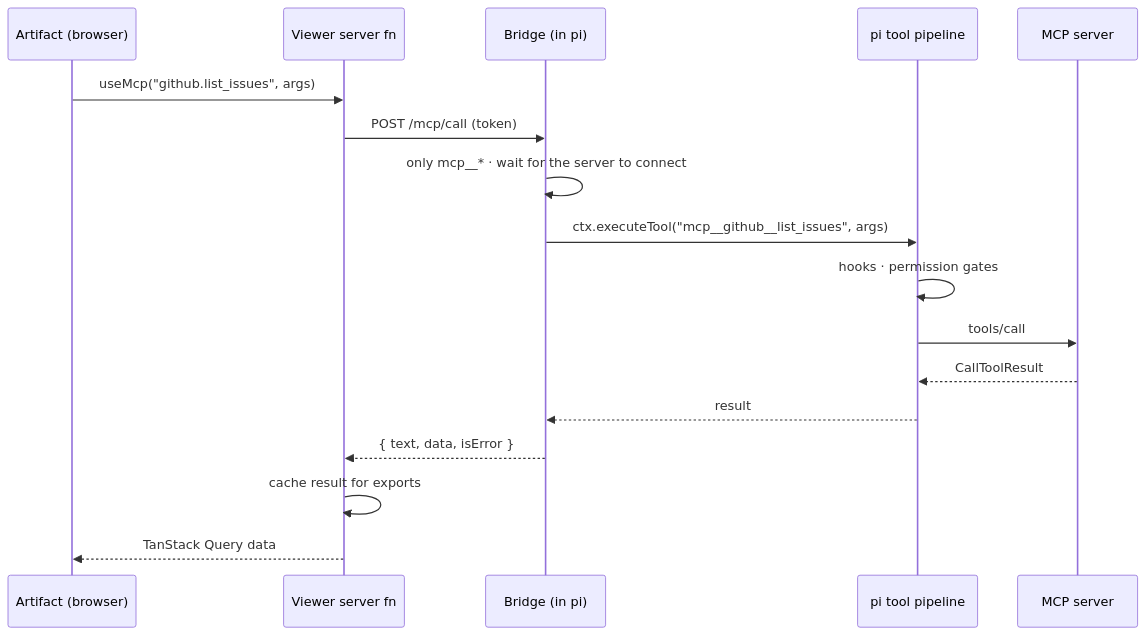
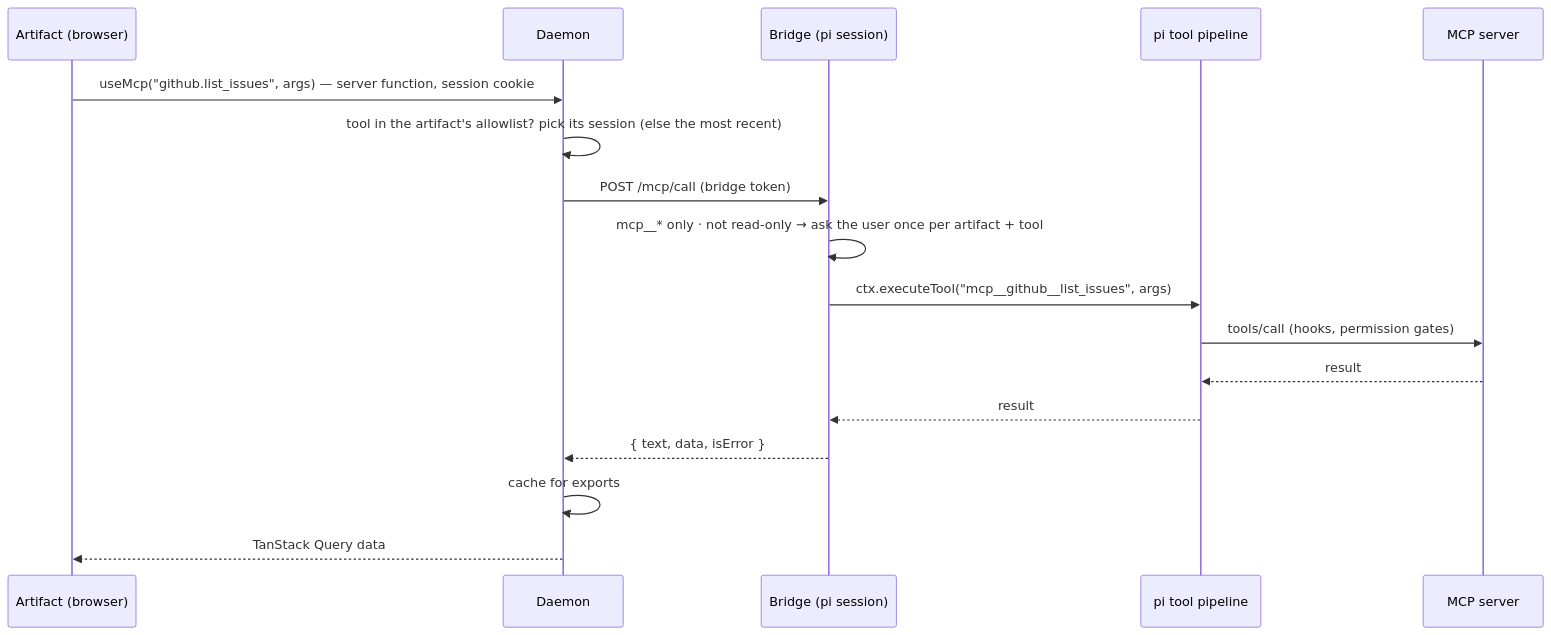
The second of 2 diagrams in README.md (tesso57/artifact), drawn with Mermaid before and after one commit. The commit also changed other lines of this file and 175 other files, not shown here.

First line of the commit message:
refactor!: one installable pi package with a per-user viewer daemon

````diff
--- a/README.md
+++ b/README.md
@@ -171,19 +160,19 @@
 ```mermaid
 sequenceDiagram
   participant A as Artifact (browser)
-  participant V as Viewer server fn
-  participant B as Bridge (in pi)
+  participant D as Daemon
+  participant B as Bridge (pi session)
   participant P as pi tool pipeline
   participant S as MCP server
-  A->>V: useMcp("github.list_issues", args)
-  V->>B: POST /mcp/call (token)
-  B->>B: only mcp__* · wait for the server to connect
+  A->>D: useMcp("github.list_issues", args) — server function, session cookie
+  D->>D: tool in the artifact's allowlist? pick its session (else the most recent)
+  D->>B: POST /mcp/call (bridge token)
+  B->>B: mcp__* only · not read-only → ask the user once per artifact + tool
   B->>P: ctx.executeTool("mcp__github__list_issues", args)
-  P->>P: hooks · permission gates
-  P->>S: tools/call
-  S-->>P: CallToolResult
+  P->>S: tools/call (hooks, permission gates)
+  S-->>P: result
   P-->>B: result
-  B-->>V: { text, data, isError }
-  V->>V: cache result for exports
-  V-->>A: TanStack Query data
+  B-->>D: { text, data, isError }
+  D->>D: cache for exports
+  D-->>A: TanStack Query data
 ```
````
